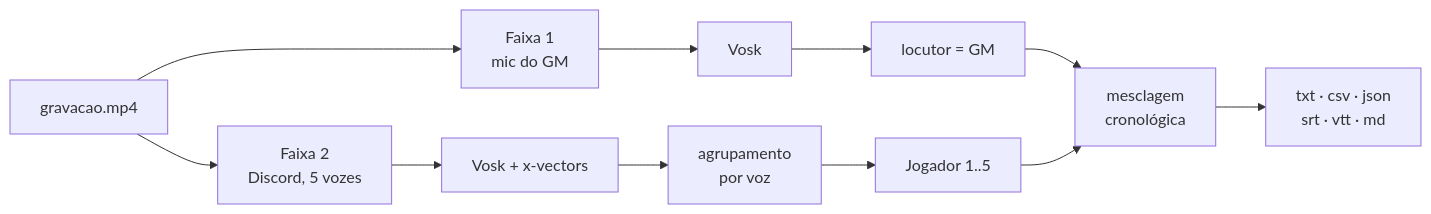
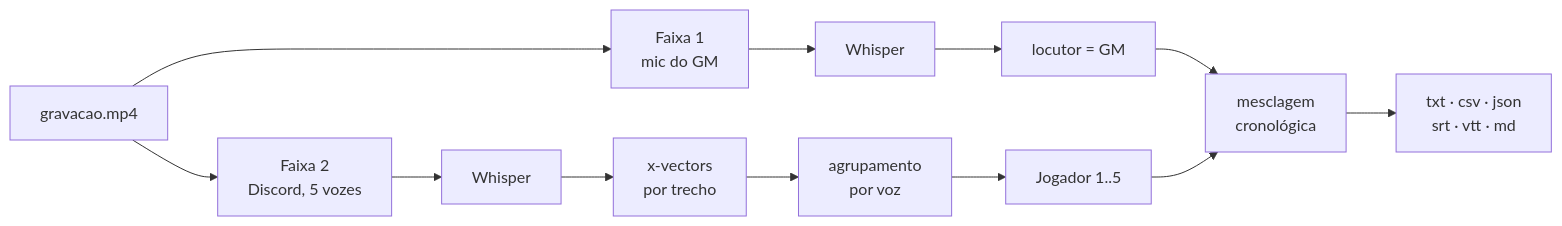
The diagram in docs/uso.md (Vinicius-Nassif/transcribefy), drawn with Mermaid before and after one commit. The commit also changed other lines of this file and 3 other files, not shown here.

````diff
--- a/docs/uso.md
+++ b/docs/uso.md
@@ -34,10 +39,10 @@
 ```mermaid
 flowchart LR
   V["gravacao.mp4"] --> F1["Faixa 1<br/>mic do GM"]
   V --> F2["Faixa 2<br/>Discord, 5 vozes"]
-  F1 --> R1["Vosk"] --> G["locutor = GM"]
-  F2 --> R2["Vosk + x-vectors"] --> D["agrupamento<br/>por voz"] --> J["Jogador 1..5"]
+  F1 --> R1["Whisper"] --> G["locutor = GM"]
+  F2 --> R2["Whisper"] --> X["x-vectors<br/>por trecho"] --> D["agrupamento<br/>por voz"] --> J["Jogador 1..5"]
   G --> M["mesclagem<br/>cronológica"]
   J --> M
   M --> S["txt · csv · json<br/>srt · vtt · md"]
 ```
````
